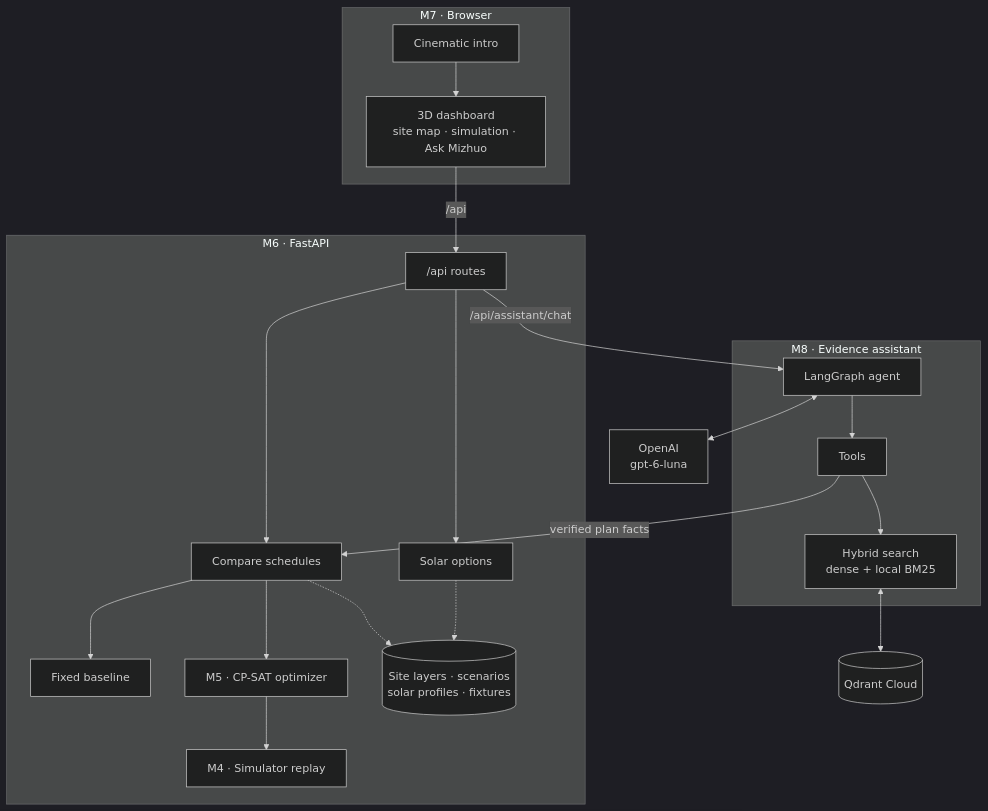
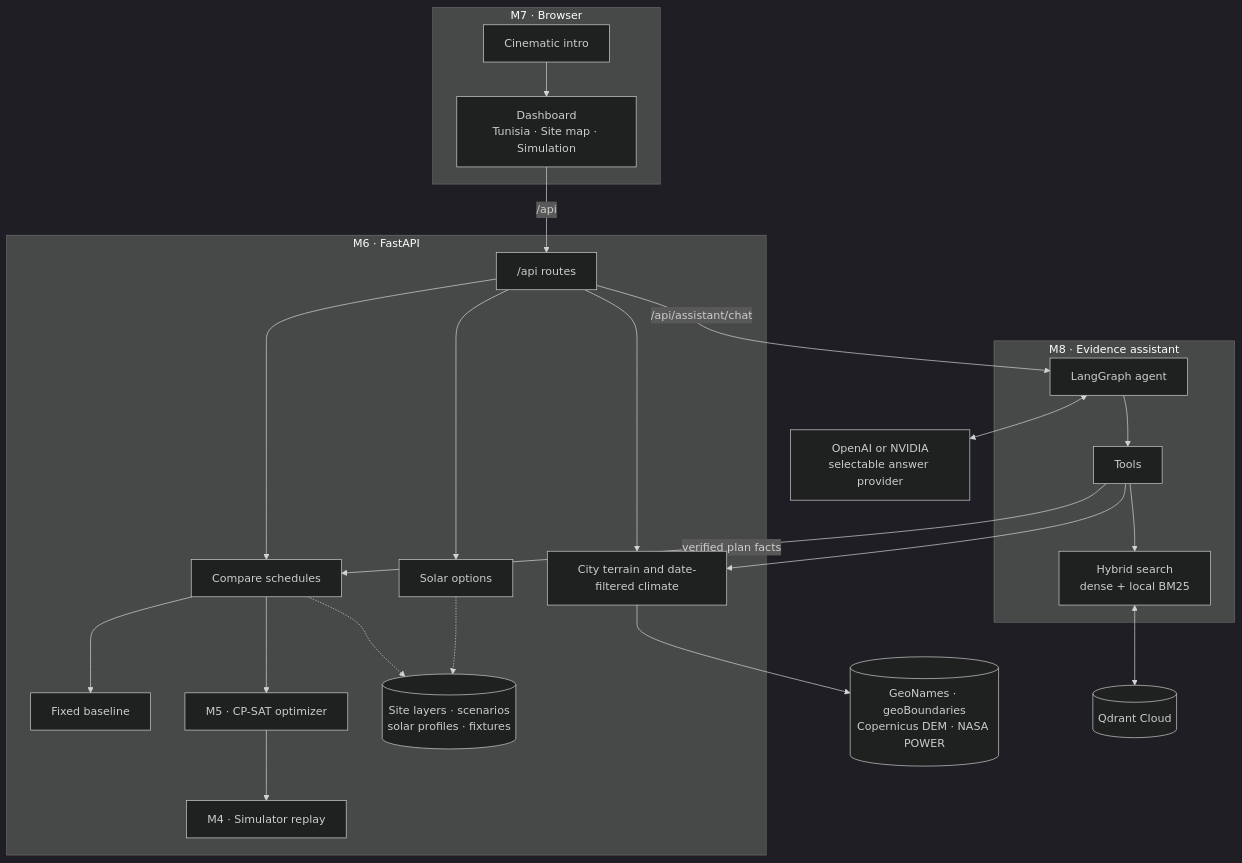
One commit to omarfh111/MIZUHO changed the first of 4 diagrams in README.md. Above: the diagram before and after it, drawn with Mermaid (dark theme). The commit also changed other lines of this file and 5 other files, not shown here.

````diff
--- a/README.md
+++ b/README.md
@@ -47,30 +47,33 @@
 ```mermaid
 flowchart TD
   accTitle: MIZUHO application architecture
   accDescr: The dashboard sends requests to FastAPI for M6 irrigation planning and M8 evidence-backed answers.
   subgraph M7["M7 · Browser"]
-    intro["Cinematic intro"] --> dash["3D dashboard<br/>site map · simulation · Ask Mizhuo"]
+    intro["Cinematic intro"] --> dash["Dashboard<br/>Tunisia · Site map · Simulation"]
   end
 
   subgraph M6["M6 · FastAPI"]
     api["/api routes"] --> compare["Compare schedules"]
     compare --> baseline["Fixed baseline"]
     compare --> cpsat["M5 · CP-SAT optimizer"]
     cpsat --> sim["M4 · Simulator replay"]
     api --> solar["Solar options"]
+    api --> atlas["City terrain and date-filtered climate"]
     data[("Site layers · scenarios<br/>solar profiles · fixtures")]
   end
 
   subgraph M8["M8 · Evidence assistant"]
     agent["LangGraph agent"] --> tools["Tools"]
     tools --> search["Hybrid search<br/>dense + local BM25"]
   end
 
   dash -->|"/api"| api
   api -->|"/api/assistant/chat"| agent
   tools -->|"verified plan facts"| compare
   compare -.-> data
   solar -.-> data
-  agent <--> llm["OpenAI<br/>gpt-6-luna"]
+  atlas --> archive[("GeoNames · geoBoundaries<br/>Copernicus DEM · NASA POWER")]
+  tools --> atlas
+  agent <--> llm["OpenAI or NVIDIA<br/>selectable answer provider"]
   search <--> qdrant[("Qdrant Cloud")]
 ```
````
